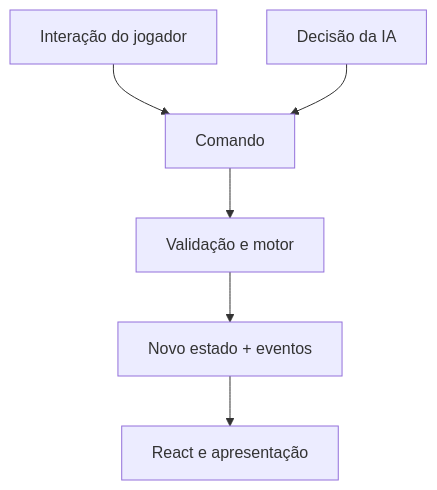
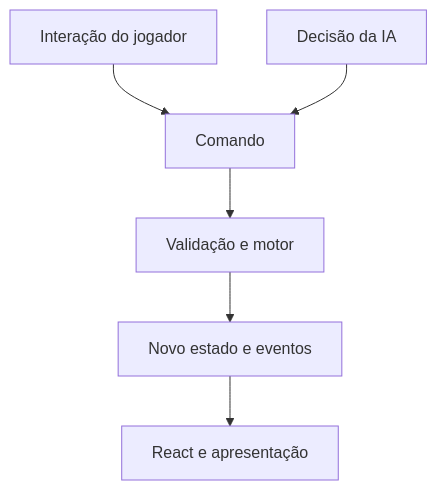
One commit to Vanleef/Hemsfell-Heroes changed the first of 2 diagrams in docs/architecture.md. Above: the diagram before and after it, drawn with Mermaid. The commit also changed other lines of this file and 1 other file, not shown here.

Commit message:
fix(docs): make Mermaid diagrams GitHub-safe

````diff
--- a/docs/architecture.md
+++ b/docs/architecture.md
@@ -81,8 +81,8 @@
 ```mermaid
 flowchart TD
-    Input[Interação do jogador] --> Command[Comando]
-    Command --> Engine[Validação e motor]
-    AI[Decisão da IA] --> Command
-    Engine --> State[Novo estado + eventos]
-    State --> View[React e apresentação]
+    playerInput["Interação do jogador"] --> gameCommand["Comando"]
+    gameCommand --> localEngine["Validação e motor"]
+    aiDecision["Decisão da IA"] --> gameCommand
+    localEngine --> nextState["Novo estado e eventos"]
+    nextState --> gameView["React e apresentação"]
 ```
````
